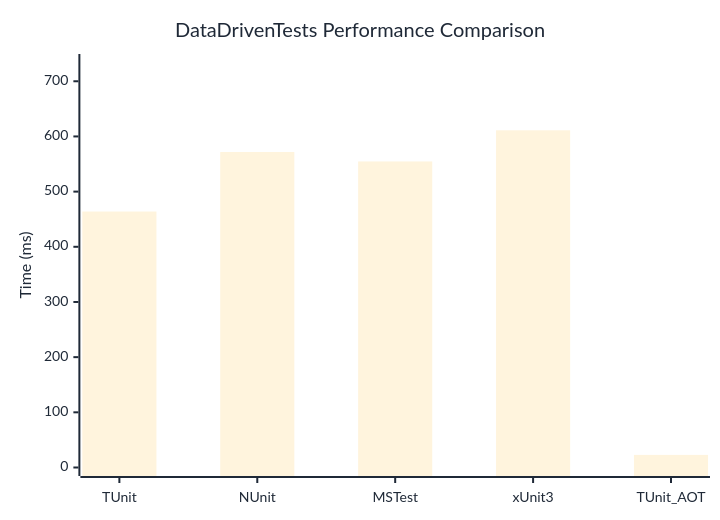
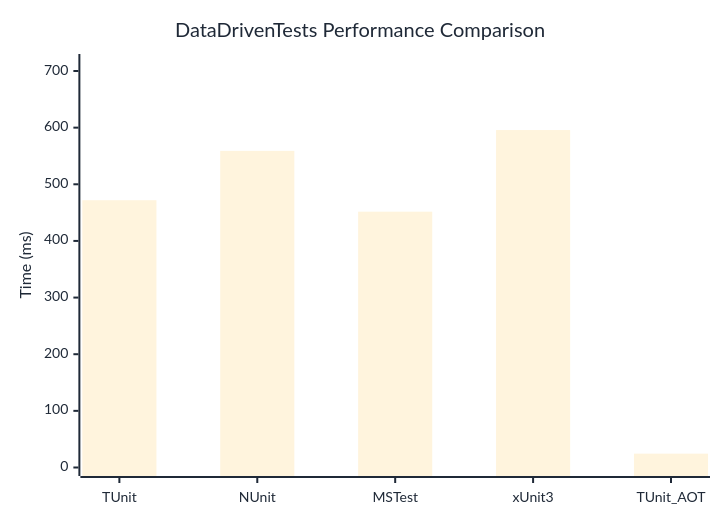
Before and after one commit to thomhurst/TUnit: the diagram in docs/docs/benchmarks/DataDrivenTests.md, drawn with Mermaid. The commit also changed other lines of this file and 17 other files, not shown here.

````diff
--- a/docs/docs/benchmarks/DataDrivenTests.md
+++ b/docs/docs/benchmarks/DataDrivenTests.md
@@ -27,37 +27,37 @@
 ```mermaid
 %%{init: {
   'theme':'base',
   'themeVariables': {
     'primaryColor': '#2563eb',
     'primaryTextColor': '#1f2937',
     'primaryBorderColor': '#1e40af',
     'lineColor': '#6b7280',
     'secondaryColor': '#7c3aed',
     'tertiaryColor': '#dc2626',
     'background': '#ffffff',
     'mainBkg': '#2563eb',
     'secondBkg': '#7c3aed',
     'tertiaryBkg': '#dc2626',
     'clusterBkg': '#f3f4f6',
     'edgeLabelBackground': '#ffffff',
     'tertiaryTextColor': '#1f2937',
     'pie1': '#2563eb',
     'pie2': '#7c3aed',
     'pie3': '#dc2626',
     'pie4': '#f59e0b',
     'pie5': '#10b981',
     'pie6': '#06b6d4',
     'pie7': '#ec4899',
     'pie8': '#6366f1',
     'pie9': '#84cc16',
     'pie10': '#f97316',
     'pie11': '#14b8a6',
     'pie12': '#a855f7'
   }
 }}%%
 xychart-beta
   title "DataDrivenTests Performance Comparison"
   x-axis ["TUnit", "NUnit", "MSTest", "xUnit3", "TUnit_AOT"]
-  y-axis "Time (ms)" 0 --> 734
-  bar [463.92, 571.74, 554.68, 611.12, 22.82]
+  y-axis "Time (ms)" 0 --> 715
+  bar [471.88, 558.97, 451.65, 595.75, 24.45]
 ```
````
